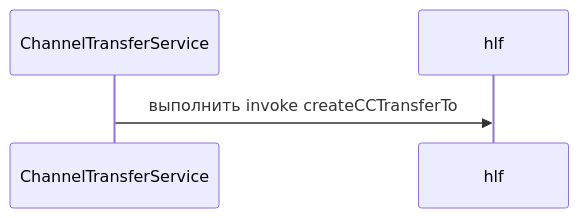
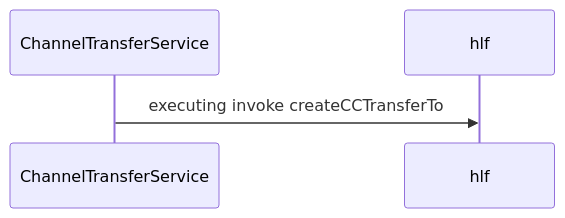
Before and after one commit to anoideaopen/channel-transfer: the seventh of 11 diagrams in doc/channelTransferService.md, drawn with Mermaid. The commit also changed other lines of this file and 71 other files, not shown here.

````diff
--- a/doc/channelTransferService.md
+++ b/doc/channelTransferService.md
@@ -78,5 +80,5 @@
 ```mermaid
 sequenceDiagram
-    ChannelTransferService ->> hlf: выполнить invoke createCCTransferTo
+    ChannelTransferService ->> hlf: executing invoke createCCTransferTo
 
 ```
````
